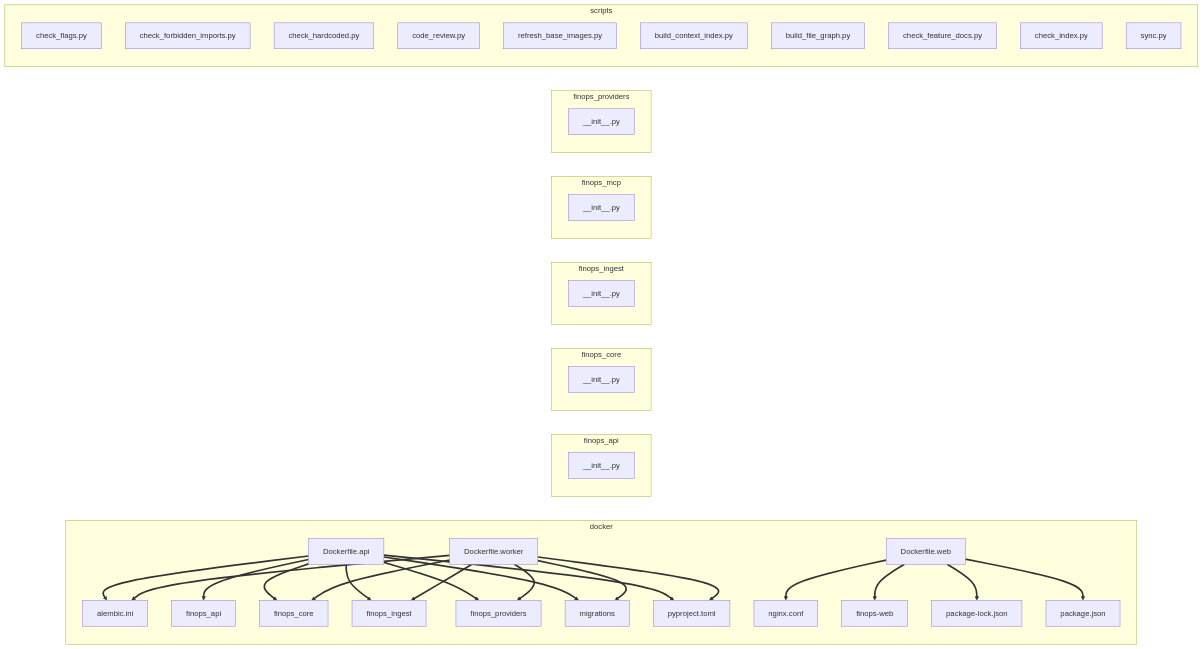
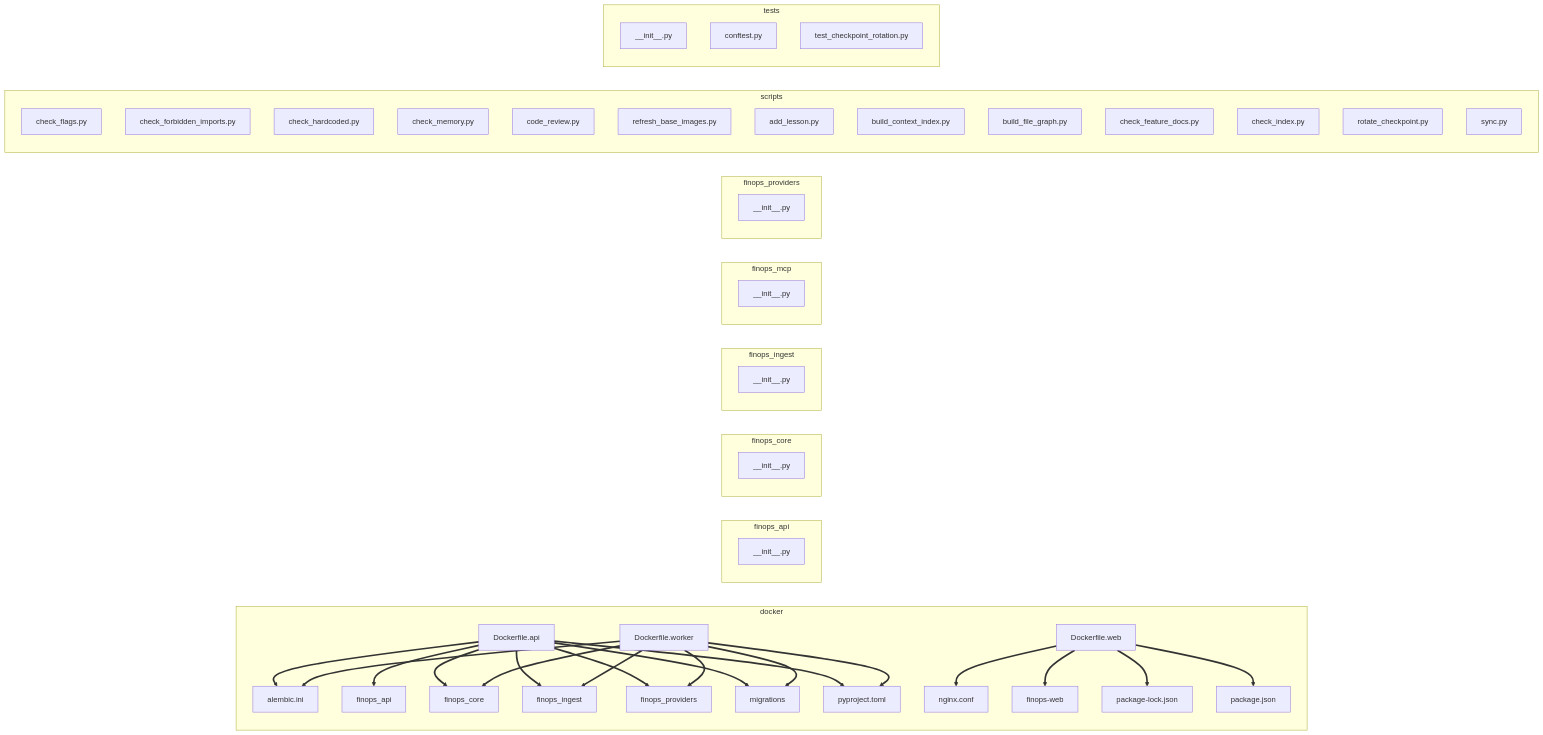
Before and after one commit to supersaiyane/meter: the diagram in docs/architecture/file-graph.md, drawn with Mermaid. The commit also changed other lines of this file and 13 other files, not shown here.

````diff
--- a/docs/architecture/file-graph.md
+++ b/docs/architecture/file-graph.md
@@ -12,63 +12,71 @@
 ```mermaid
 graph LR
   subgraph docker["docker"]
     n0["Dockerfile.api"]
     n1["Dockerfile.web"]
     n2["Dockerfile.worker"]
     n3["alembic.ini"]
     n4["nginx.conf"]
     n5["finops-web"]
     n6["package-lock.json"]
     n7["package.json"]
     n8["finops_api"]
     n9["finops_core"]
     n10["finops_ingest"]
     n11["finops_providers"]
     n12["migrations"]
     n13["pyproject.toml"]
   end
   subgraph finops_api["finops_api"]
     n14["__init__.py"]
   end
   subgraph finops_core["finops_core"]
     n15["__init__.py"]
   end
   subgraph finops_ingest["finops_ingest"]
     n16["__init__.py"]
   end
   subgraph finops_mcp["finops_mcp"]
     n17["__init__.py"]
   end
   subgraph finops_providers["finops_providers"]
     n18["__init__.py"]
   end
   subgraph scripts["scripts"]
     n19["check_flags.py"]
     n20["check_forbidden_imports.py"]
     n21["check_hardcoded.py"]
-    n22["code_review.py"]
-    n23["refresh_base_images.py"]
-    n24["build_context_index.py"]
-    n25["build_file_graph.py"]
-    n26["check_feature_docs.py"]
-    n27["check_index.py"]
-    n28["sync.py"]
+    n22["check_memory.py"]
+    n23["code_review.py"]
+    n24["refresh_base_images.py"]
+    n25["add_lesson.py"]
+    n26["build_context_index.py"]
+    n27["build_file_graph.py"]
+    n28["check_feature_docs.py"]
+    n29["check_index.py"]
+    n30["rotate_checkpoint.py"]
+    n31["sync.py"]
+  end
+  subgraph tests["tests"]
+    n32["__init__.py"]
+    n33["conftest.py"]
+    n34["test_checkpoint_rotation.py"]
   end
   n0 ==> n3
   n0 ==> n8
   n0 ==> n9
   n0 ==> n10
   n0 ==> n11
   n0 ==> n12
   n0 ==> n13
   n1 ==> n4
   n1 ==> n5
   n1 ==> n6
   n1 ==> n7
   n2 ==> n3
   n2 ==> n9
   n2 ==> n10
   n2 ==> n11
   n2 ==> n12
   n2 ==> n13
 ```
````
